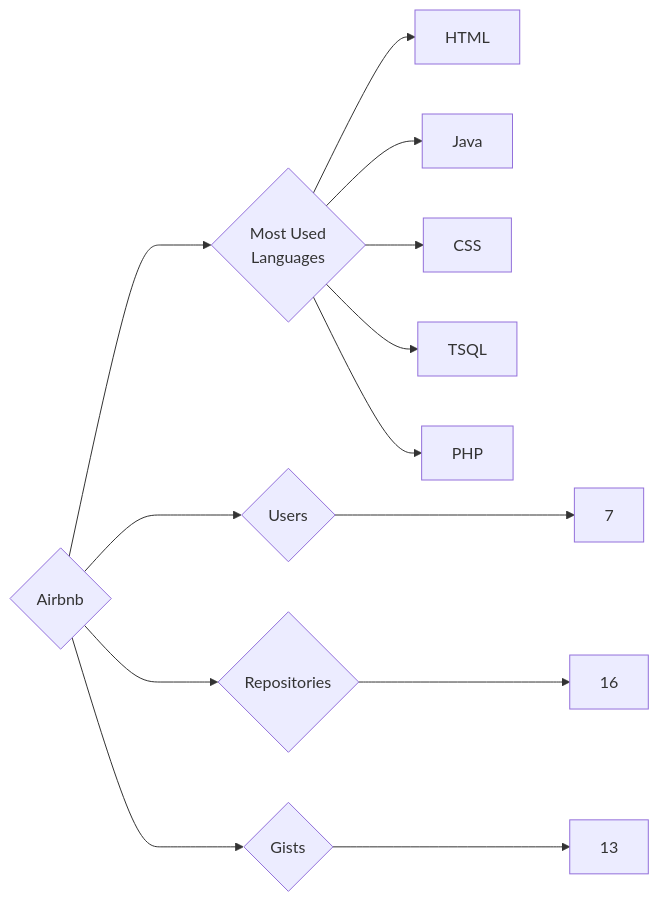
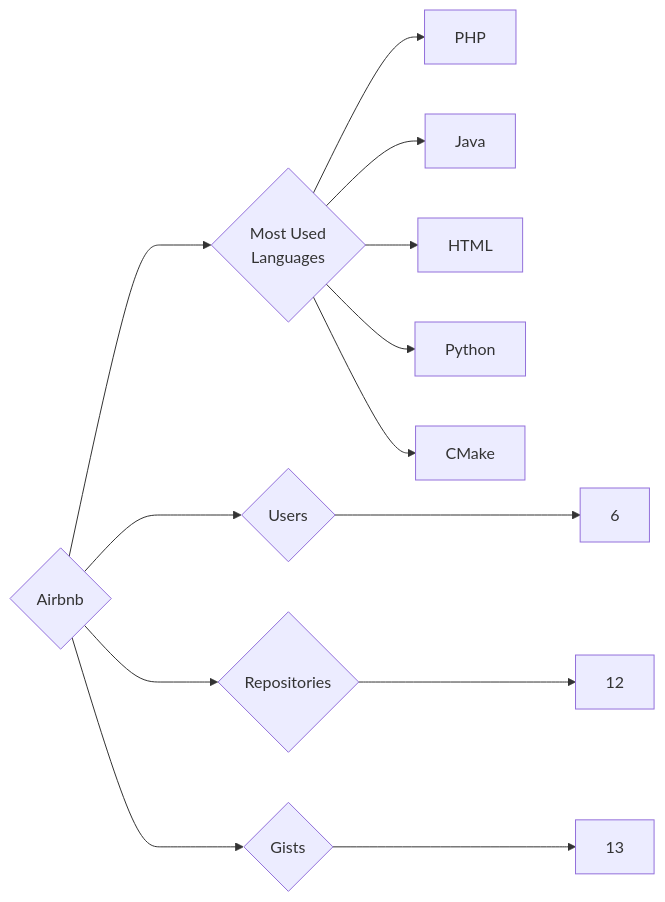
The diagram in targets/Airbnb/README.md (trickest/insiders), drawn with Mermaid before and after one commit. The commit also changed 1089 other files, not shown here.

````diff
--- a/targets/Airbnb/README.md
+++ b/targets/Airbnb/README.md
@@ -3,13 +3,13 @@
 ```mermaid
 graph LR
 COMPANY_NAME{Airbnb}
-COMPANY_NAME ---> U{Users} ---> UN[7]
-COMPANY_NAME ---> R{Repositories} ---> RN[16]
+COMPANY_NAME ---> U{Users} ---> UN[6]
+COMPANY_NAME ---> R{Repositories} ---> RN[12]
 COMPANY_NAME ---> G{Gists} ---> GN[13]
 COMPANY_NAME ---> ML{Most Used<br>Languages}
+ML --> PHP[PHP]
+ML --> Java[Java]
 ML --> HTML[HTML]
-ML --> Java[Java]
-ML --> CSS[CSS]
-ML --> TSQL[TSQL]
-ML --> PHP[PHP]
+ML --> Python[Python]
+ML --> CMake[CMake]
 ```
````
